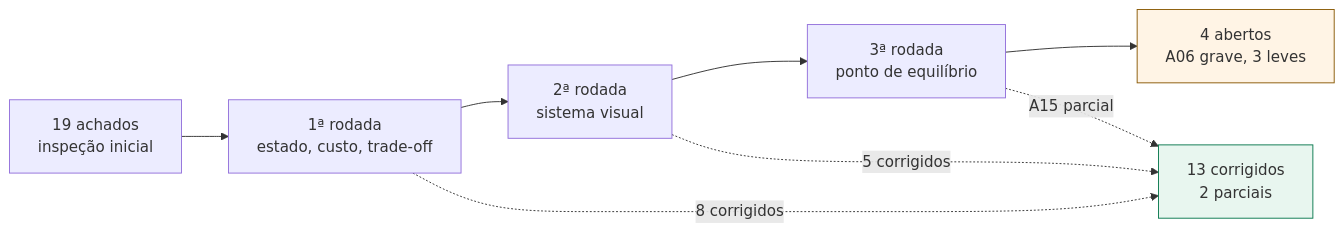
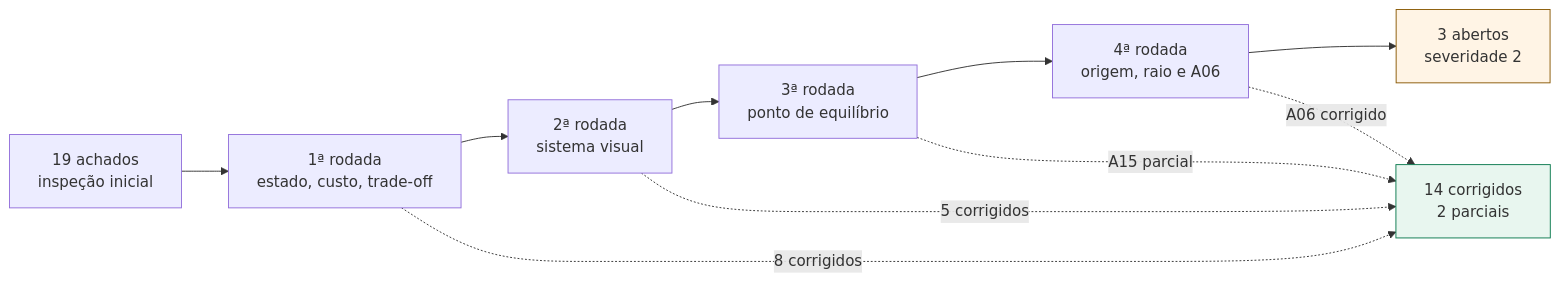
One commit to chroanz/sad-tcc changed the first of 3 diagrams in docs/avaliacao-heuristica.md. Above: the diagram before and after it, drawn with Mermaid. The commit also changed other lines of this file and 22 other files, not shown here.

````diff
--- a/docs/avaliacao-heuristica.md
+++ b/docs/avaliacao-heuristica.md
@@ -54,14 +53,16 @@
 ```mermaid
 flowchart LR
     A["19 achados<br/>inspeção inicial"] --> B["1ª rodada<br/>estado, custo, trade-off"]
     B --> C["2ª rodada<br/>sistema visual"]
     C --> E["3ª rodada<br/>ponto de equilíbrio"]
-    E --> D["4 abertos<br/>A06 grave, 3 leves"]
+    E --> F["4ª rodada<br/>origem, raio e A06"]
+    F --> D["3 abertos<br/>severidade 2"]
 
-    B -.->|"8 corrigidos"| X["13 corrigidos<br/>2 parciais"]
+    B -.->|"8 corrigidos"| X["14 corrigidos<br/>2 parciais"]
     C -.->|"5 corrigidos"| X
     E -.->|"A15 parcial"| X
+    F -.->|"A06 corrigido"| X
 
     style X fill:#e8f6ef,stroke:#0b7a4f
     style D fill:#fff4e5,stroke:#8a5a06
 ```
````
